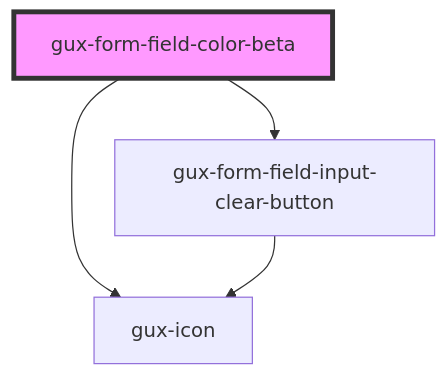
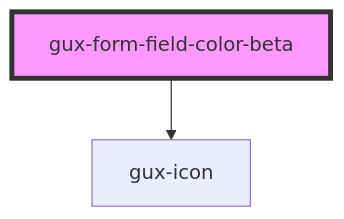
One commit to MyPureCloud/genesys-spark changed the diagram in src/components/beta/gux-form-field-v2/components/gux-form-field-color/readme.md. Above: the diagram before and after it, drawn with Mermaid. The commit also changed other lines of this file and 4 other files, not shown here.

````diff
--- a/src/components/beta/gux-form-field-v2/components/gux-form-field-color/readme.md
+++ b/src/components/beta/gux-form-field-v2/components/gux-form-field-color/readme.md
@@ -33,7 +31,5 @@
 ```mermaid
 graph TD;
-  gux-form-field-color-beta --> gux-form-field-input-clear-button
   gux-form-field-color-beta --> gux-icon
-  gux-form-field-input-clear-button --> gux-icon
   style gux-form-field-color-beta fill:#f9f,stroke:#333,stroke-width:4px
 ```
````
